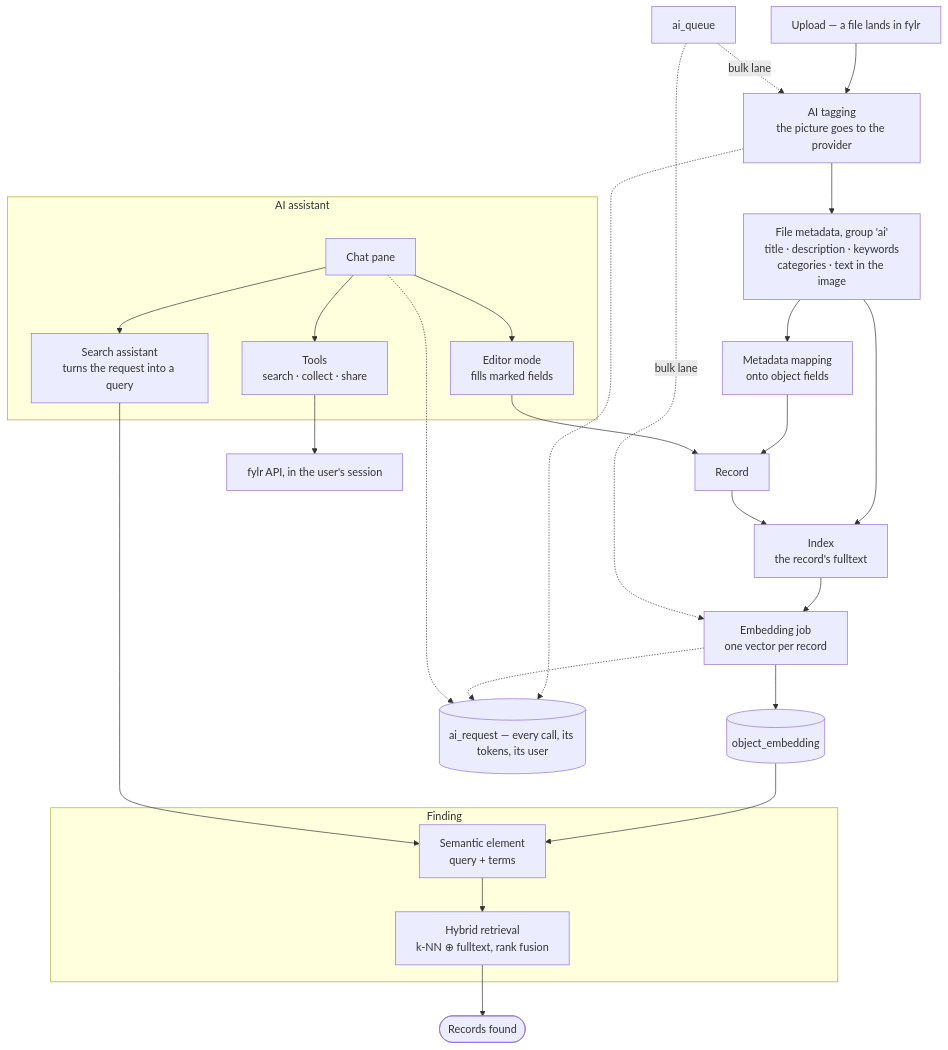
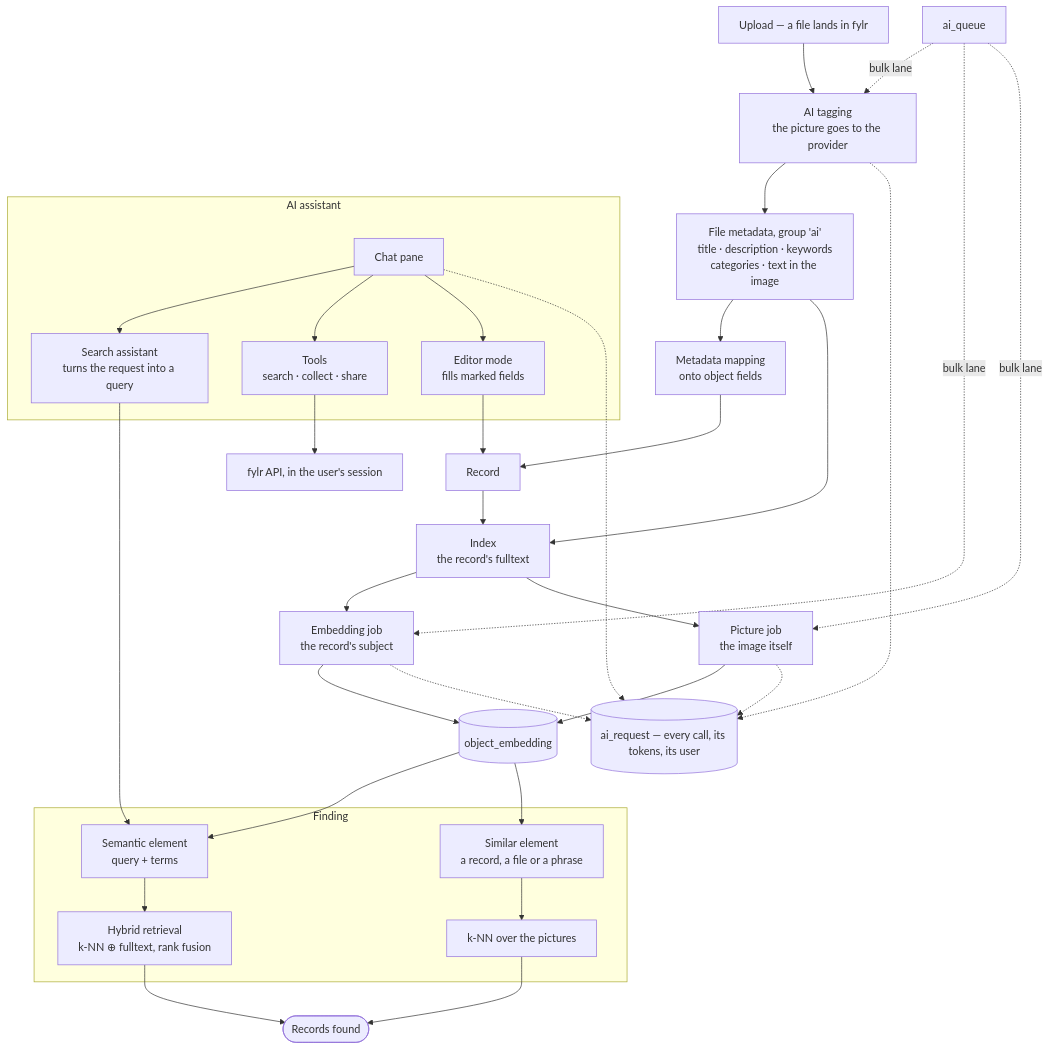
Before and after one commit to programmfabrik/fylr-gitbook: the diagram in for-administrators/ai/README.md, drawn with Mermaid. The commit also changed other lines of this file and 4 other files, not shown here.

````diff
--- a/for-administrators/ai/README.md
+++ b/for-administrators/ai/README.md
@@ -13,34 +13,41 @@
 ```mermaid
 flowchart TD
     U["Upload — a file lands in fylr"] --> T["AI tagging<br/>the picture goes to the provider"]
     T --> M["File metadata, group 'ai'<br/>title · description · keywords<br/>categories · text in the image"]
     M --> MAP["Metadata mapping<br/>onto object fields"]
     M --> IDX
     MAP --> O["Record"]
     O --> IDX["Index<br/>the record's fulltext"]
-    IDX --> E["Embedding job<br/>one vector per record"]
+    IDX --> E["Embedding job<br/>the record's subject"]
+    IDX --> P["Picture job<br/>the image itself"]
     E --> V[("object_embedding")]
+    P --> V
     V --> S
+    V --> SIM
 
     subgraph Finding
         S["Semantic element<br/>query + terms"] --> H["Hybrid retrieval<br/>k-NN ⊕ fulltext, rank fusion"]
+        SIM["Similar element<br/>a record, a file or a phrase"] --> KNN["k-NN over the pictures"]
     end
 
     subgraph "AI assistant"
         C["Chat pane"] --> R["Search assistant<br/>turns the request into a query"]
         R --> S
         C --> TOOLS["Tools<br/>search · collect · share"]
         C --> ED["Editor mode<br/>fills marked fields"]
     end
 
     H --> RES(["Records found"])
+    KNN --> RES
     TOOLS --> API["fylr API, in the user's session"]
     ED --> O
 
     Q["ai_queue"] -.->|bulk lane| T
     Q -.->|bulk lane| E
+    Q -.->|bulk lane| P
     LOG[("ai_request — every call, its tokens, its user")]
     T -.-> LOG
     E -.-> LOG
+    P -.-> LOG
     C -.-> LOG
 ```
````
